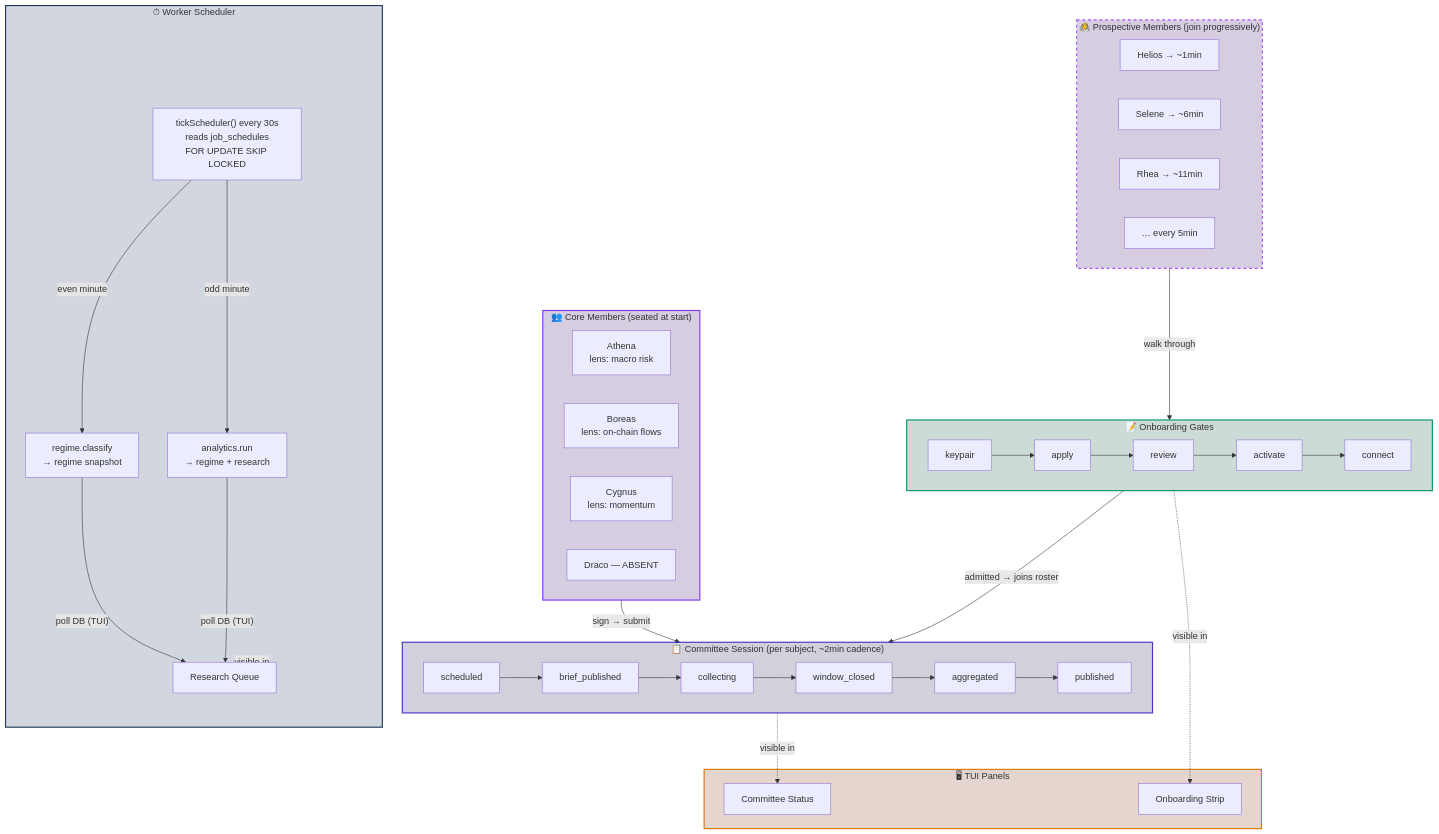
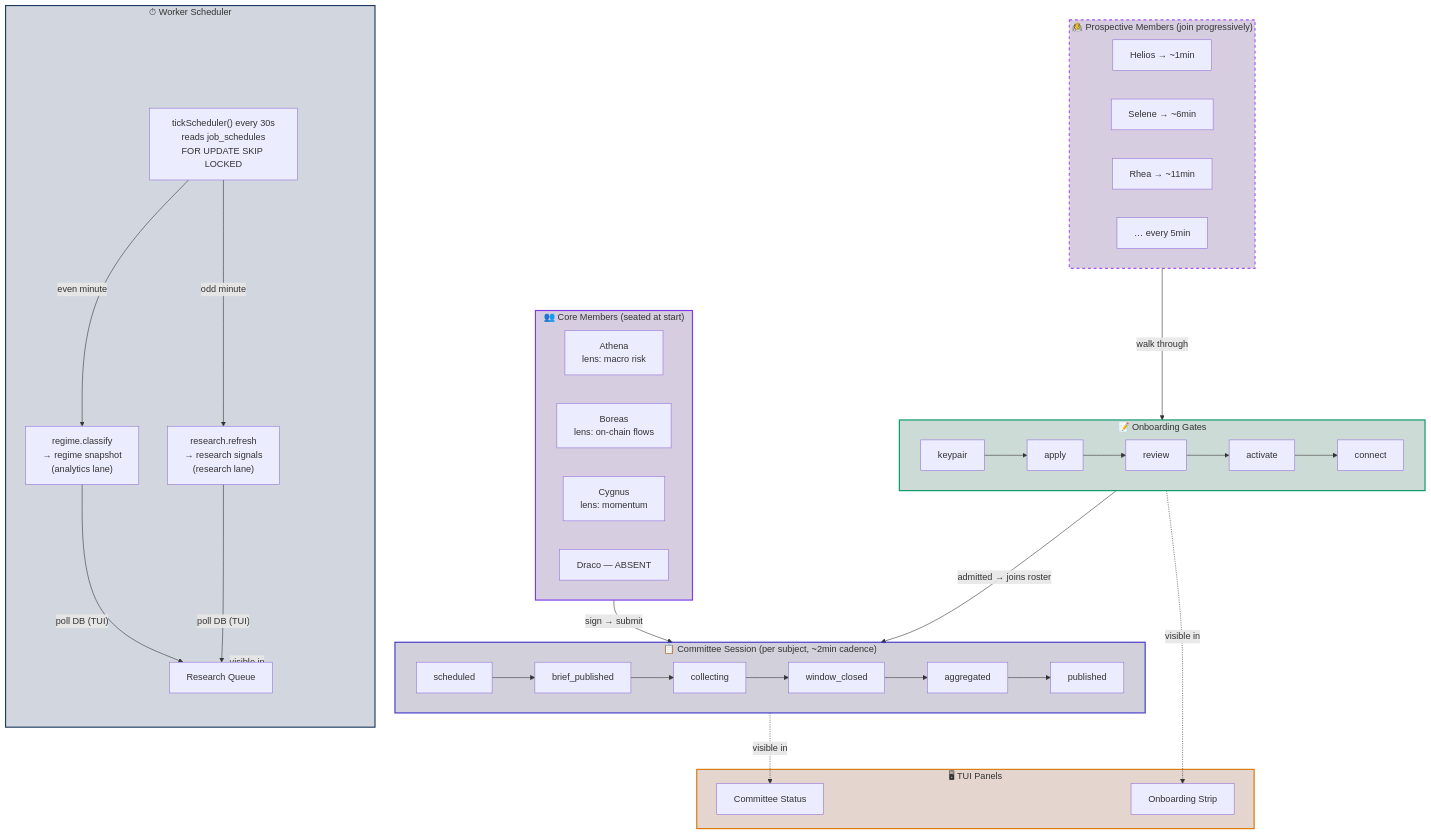
One commit to robotmoney/robotmoney-frontend changed the diagram in docs/demo-spec.md. Above: the diagram before and after it, drawn with Mermaid. The commit also changed other lines of this file and 4 other files, not shown here.

First line of the commit message:
docs(worker): document lane topology, lease renewal, bounded shutdown, and split analytics kinds

````diff
--- a/docs/demo-spec.md
+++ b/docs/demo-spec.md
@@ -16,54 +16,54 @@
 ```mermaid
 flowchart TB
     subgraph Scheduler["⏱ Worker Scheduler"]
         SC["tickScheduler() every 30s<br/>reads job_schedules<br/>FOR UPDATE SKIP LOCKED"]
-        SC -->|even minute| R["regime.classify<br/>→ regime snapshot"]
-        SC -->|odd minute| A["analytics.run<br/>→ regime + research"]
+        SC -->|even minute| R["regime.classify<br/>→ regime snapshot<br/>(analytics lane)"]
+        SC -->|odd minute| A["research.refresh<br/>→ research signals<br/>(research lane)"]
         R -->|"poll DB (TUI)"| TP
         A -->|"poll DB (TUI)"| TP
     end
 
     subgraph Core["👥 Core Members (seated at start)"]
         M1["Athena<br/>lens: macro risk"]
         M2["Boreas<br/>lens: on-chain flows"]
         M3["Cygnus<br/>lens: momentum"]
         M4["Draco — ABSENT"]
     end
 
     subgraph Prospects["🧑‍🚀 Prospective Members (join progressively)"]
         N1["Helios → ~1min"]
         N2["Selene → ~6min"]
         N3["Rhea → ~11min"]
         NX["… every 5min"]
     end
 
     subgraph Session["📋 Committee Session (per subject, ~2min cadence)"]
         direction LR
         S1["scheduled"] --> S2["brief_published"] --> S3["collecting"] --> S4["window_closed"] --> S5["aggregated"] --> S6["published"]
     end
 
     subgraph Onboarding["📝 Onboarding Gates"]
         direction LR
         O1["keypair"] --> O2["apply"] --> O3["review"] --> O4["activate"] --> O5["connect"]
     end
 
     subgraph TUI["🖥 TUI Panels"]
         TP["Research Queue"]
         TP2["Committee Status"]
         TP3["Onboarding Strip"]
     end
 
     Core -->|"sign → submit"| S3
     Prospects -->|walk through| Onboarding
     O5 -->|"admitted → joins roster"| S3
     Scheduler -.->|visible in| TP
     Session -.->|visible in| TP2
     Onboarding -.->|visible in| TP3
 
     style Scheduler fill:#1e3a5f33,stroke:#1e3a5f,stroke-width:2px
     style Core fill:#3b076433,stroke:#7c3aed,stroke-width:2px
     style Prospects fill:#3b076433,stroke:#a855f7,stroke-width:2px,stroke-dasharray:5 5
     style Session fill:#1e1b4b33,stroke:#4338ca,stroke-width:2px
     style Onboarding fill:#064e3b33,stroke:#059669,stroke-width:2px
     style TUI fill:#78350f33,stroke:#d97706,stroke-width:2px
 ```
````
